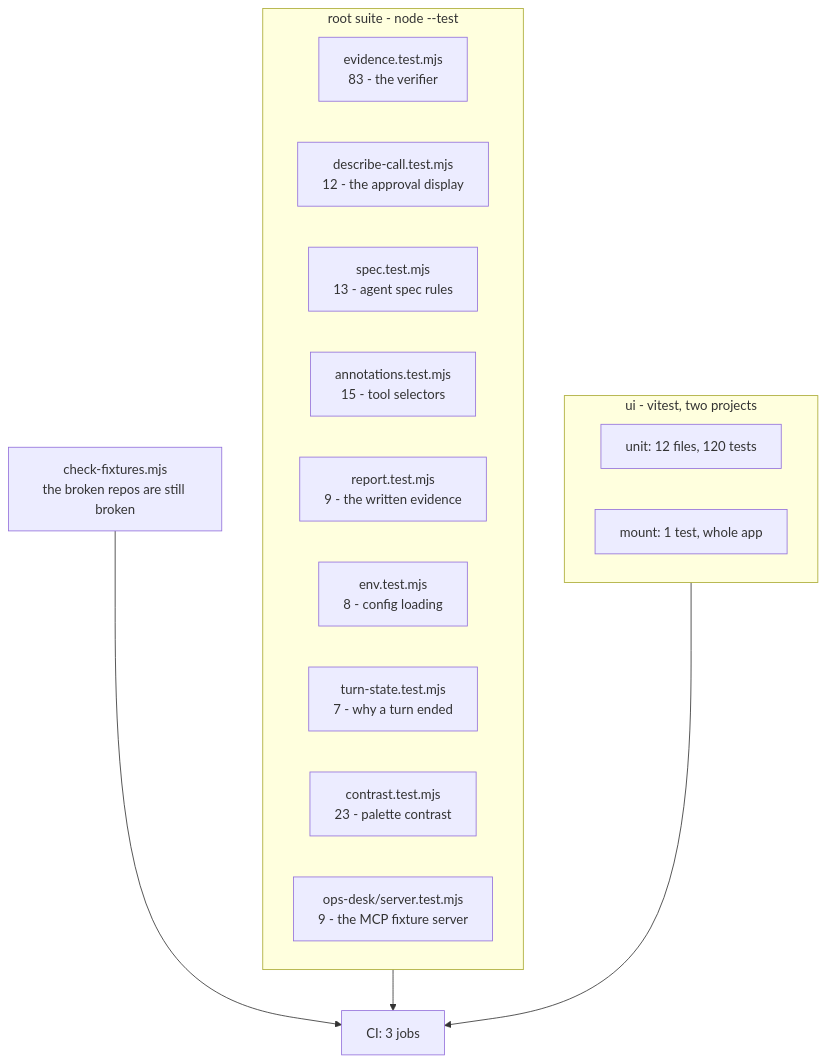
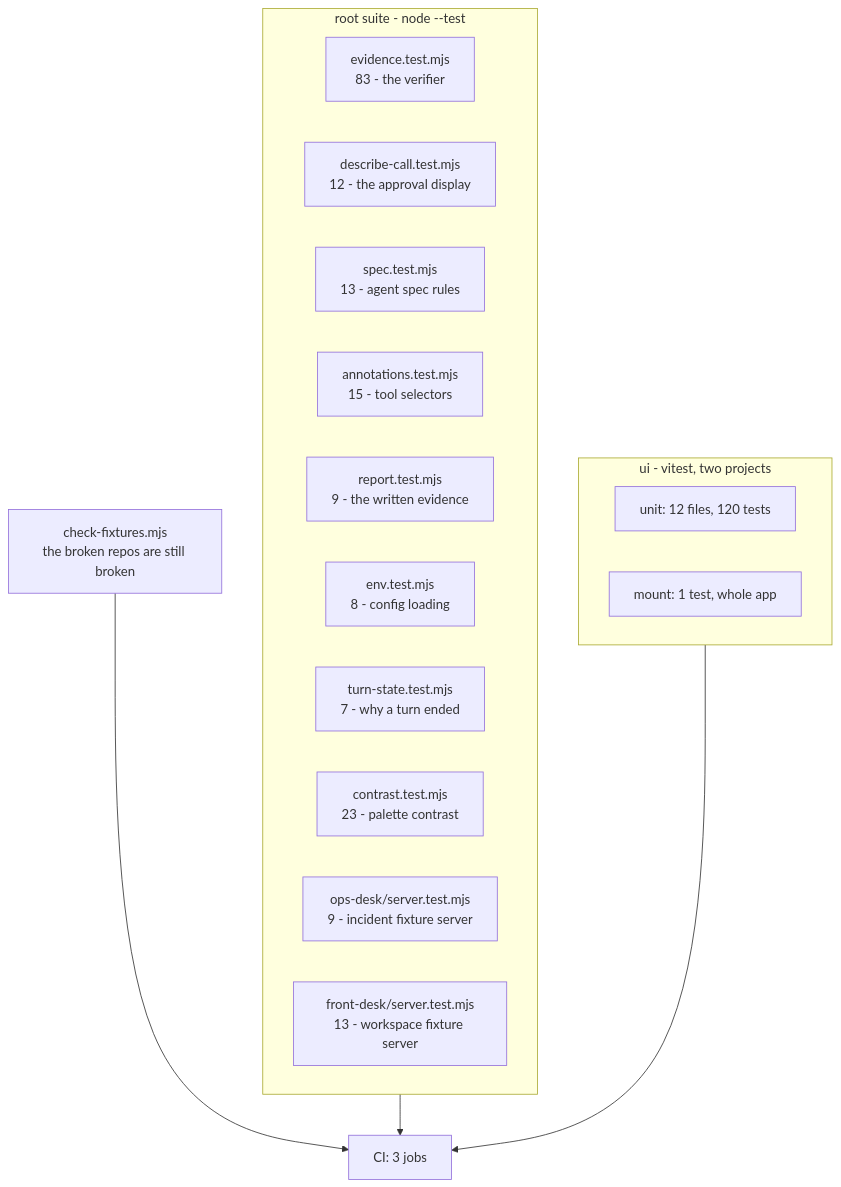
The diagram in TESTING.md (manumishra12/quartermaster), drawn with Mermaid before and after one commit. The commit also changed other lines of this file and 10 other files, not shown here.

First line of the commit message:
Give the desk assistant somewhere to file work, and test the injection claim (#13)

````diff
--- a/TESTING.md
+++ b/TESTING.md
@@ -30,25 +30,26 @@
 ```mermaid
 flowchart TD
   subgraph root["root suite - node --test"]
     EV["evidence.test.mjs<br/>83 - the verifier"]
     DC["describe-call.test.mjs<br/>12 - the approval display"]
     SP["spec.test.mjs<br/>13 - agent spec rules"]
     AN["annotations.test.mjs<br/>15 - tool selectors"]
     RP["report.test.mjs<br/>9 - the written evidence"]
     EN["env.test.mjs<br/>8 - config loading"]
     TS["turn-state.test.mjs<br/>7 - why a turn ended"]
     CO["contrast.test.mjs<br/>23 - palette contrast"]
-    OD["ops-desk/server.test.mjs<br/>9 - the MCP fixture server"]
+    OD["ops-desk/server.test.mjs<br/>9 - incident fixture server"]
+    FD["front-desk/server.test.mjs<br/>13 - workspace fixture server"]
   end
 
   subgraph ui["ui - vitest, two projects"]
     U1["unit: 12 files, 120 tests"]
     U2["mount: 1 test, whole app"]
   end
 
   FX["check-fixtures.mjs<br/>the broken repos are still broken"]
 
   root --> CI["CI: 3 jobs"]
   ui --> CI
   FX --> CI
 ```
````
